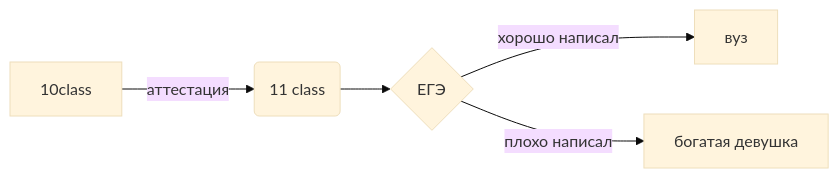
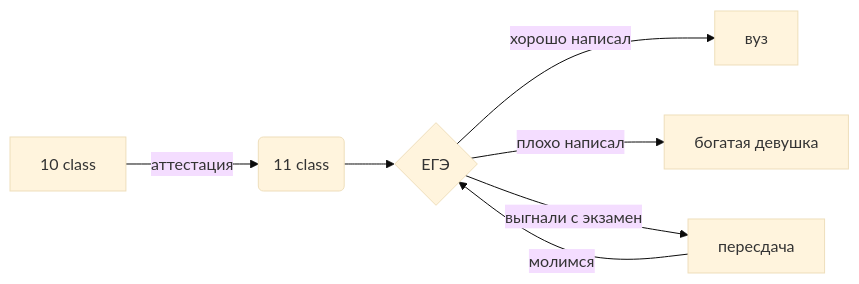
Before and after one commit to oxxrayy/popova142: the diagram in mermaind.md, drawn with Mermaid (base theme).

````diff
--- a/mermaind.md
+++ b/mermaind.md
@@ -1,8 +1,10 @@
 ```mermaid 
 
 flowchart LR
-A[10class] -->|аттестация| B(11 class)
+A[10 class] -->|аттестация| B(11 class)
 B --> C{ЕГЭ}
 C -->|хорошо написал| D[вуз]
 C -->|плохо написал| E[богатая девушка]
+C -->|выгнали с экзамен| F[пересдача]
+F -->|молимся| C
 ```
````
